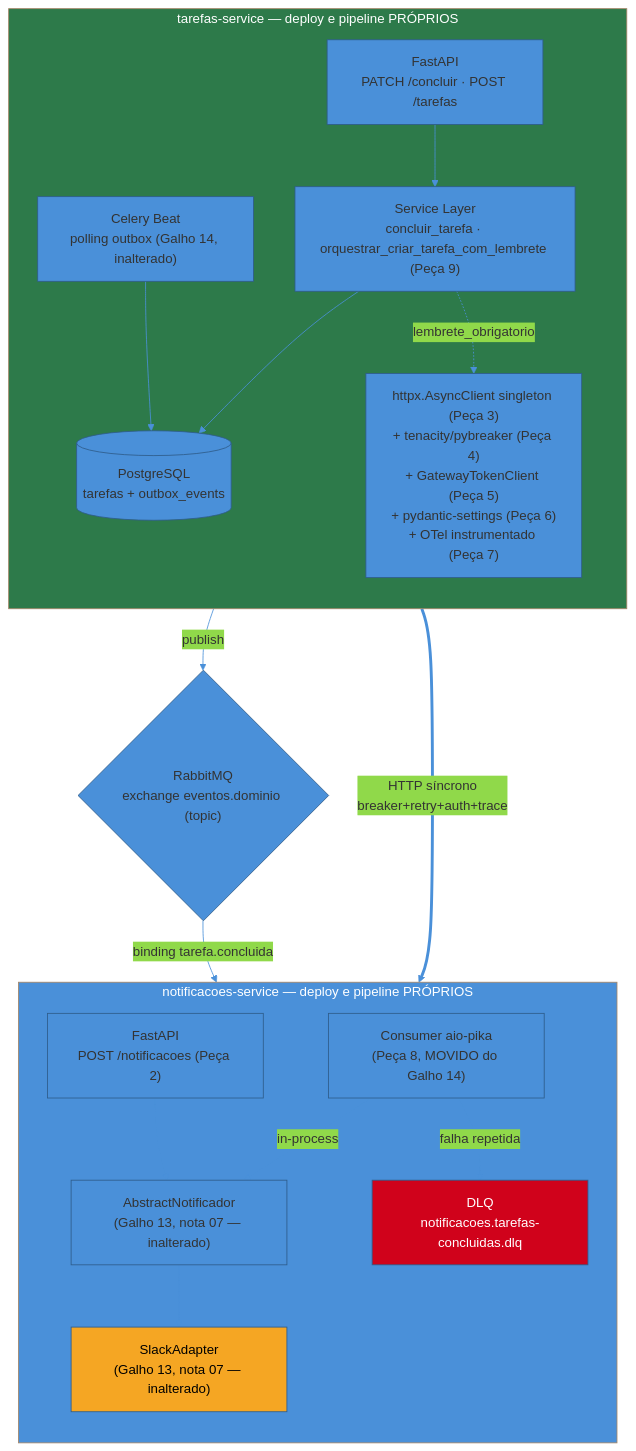
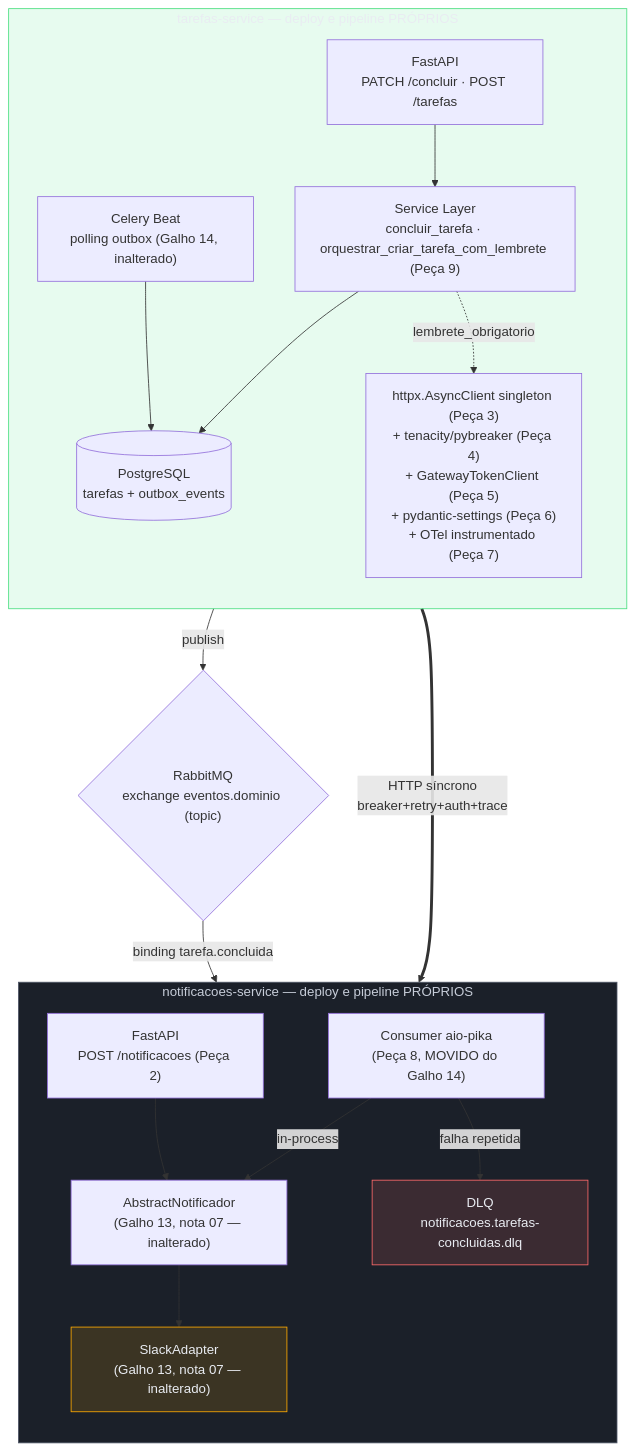
Before and after one commit to josenaldo/codex-technomanticus: the fifth of 5 diagrams in 03-Dominios/Tecnologia/Python/Microservices e sistemas distribuídos/08 - Capstone — extraindo o serviço de Notificações.md, drawn with Mermaid. The commit also changed other lines of this file and 1181 other files, not shown here.

First line of the commit message:
fix(diagramas): paleta do sistema no lugar de cor cravada no markdown

````diff
--- a/03-Dominios/Tecnologia/Python/Microservices e sistemas distribuídos/08 - Capstone — extraindo o serviço de Notificações.md
+++ b/03-Dominios/Tecnologia/Python/Microservices e sistemas distribuídos/08 - Capstone — extraindo o serviço de Notificações.md
@@ -675,39 +675,42 @@
 ```mermaid
-%%{init: {"theme": "base", "themeVariables": {"primaryColor": "#4A90D9", "primaryBorderColor": "#2E5C8A", "lineColor": "#4A90D9"}}}%%
 flowchart TB
+    classDef ok fill:#4ADE8021,stroke:#4ADE80,color:#E9ECF2
+    classDef neutro fill:#1B2029,stroke:#4E5666,color:#C6CCD8
+    classDef destaque fill:#FFAA0024,stroke:#FFAA00,color:#E9ECF2
+    classDef falha fill:#FF6B6B24,stroke:#FF6B6B,color:#E9ECF2
     subgraph TS["tarefas-service — deploy e pipeline PRÓPRIOS"]
         direction TB
         TH["FastAPI\nPATCH /concluir · POST /tarefas"]
         TSVC["Service Layer\nconcluir_tarefa · orquestrar_criar_tarefa_com_lembrete (Peça 9)"]
         TDB[("PostgreSQL\ntarefas + outbox_events")]
         TBEAT["Celery Beat\npolling outbox (Galho 14, inalterado)"]
         TCLIENT["httpx.AsyncClient singleton (Peça 3)\n+ tenacity/pybreaker (Peça 4)\n+ GatewayTokenClient (Peça 5)\n+ pydantic-settings (Peça 6)\n+ OTel instrumentado (Peça 7)"]
         TH --> TSVC --> TDB
         TSVC -.->|"lembrete_obrigatorio"| TCLIENT
         TBEAT --> TDB
     end
 
     MQ{"RabbitMQ\nexchange eventos.dominio (topic)"}
 
     subgraph NS["notificacoes-service — deploy e pipeline PRÓPRIOS"]
         direction TB
         NAPI["FastAPI\nPOST /notificacoes (Peça 2)"]
         NCONS["Consumer aio-pika\n(Peça 8, MOVIDO do Galho 14)"]
         NPORT["AbstractNotificador\n(Galho 13, nota 07 — inalterado)"]
         NSLACK["SlackAdapter\n(Galho 13, nota 07 — inalterado)"]
         NDLQ["DLQ\nnotificacoes.tarefas-concluidas.dlq"]
         NAPI --> NPORT
         NCONS -->|"in-process"| NPORT
         NPORT --> NSLACK
         NCONS -->|"falha repetida"| NDLQ
     end
 
     TCLIENT ==>|"HTTP síncrono\nbreaker+retry+auth+trace"| NAPI
     TBEAT -->|publish| MQ
     MQ -->|"binding tarefa.concluida"| NCONS
 
-    style TS fill:#2d7a4a,color:#fff
-    style NS fill:#4A90D9,color:#fff
-    style NSLACK fill:#F5A623,color:#000
-    style NDLQ fill:#D0021B,color:#fff
+    class TS ok
+    class NS neutro
+    class NSLACK destaque
+    class NDLQ falha
 ```
````
